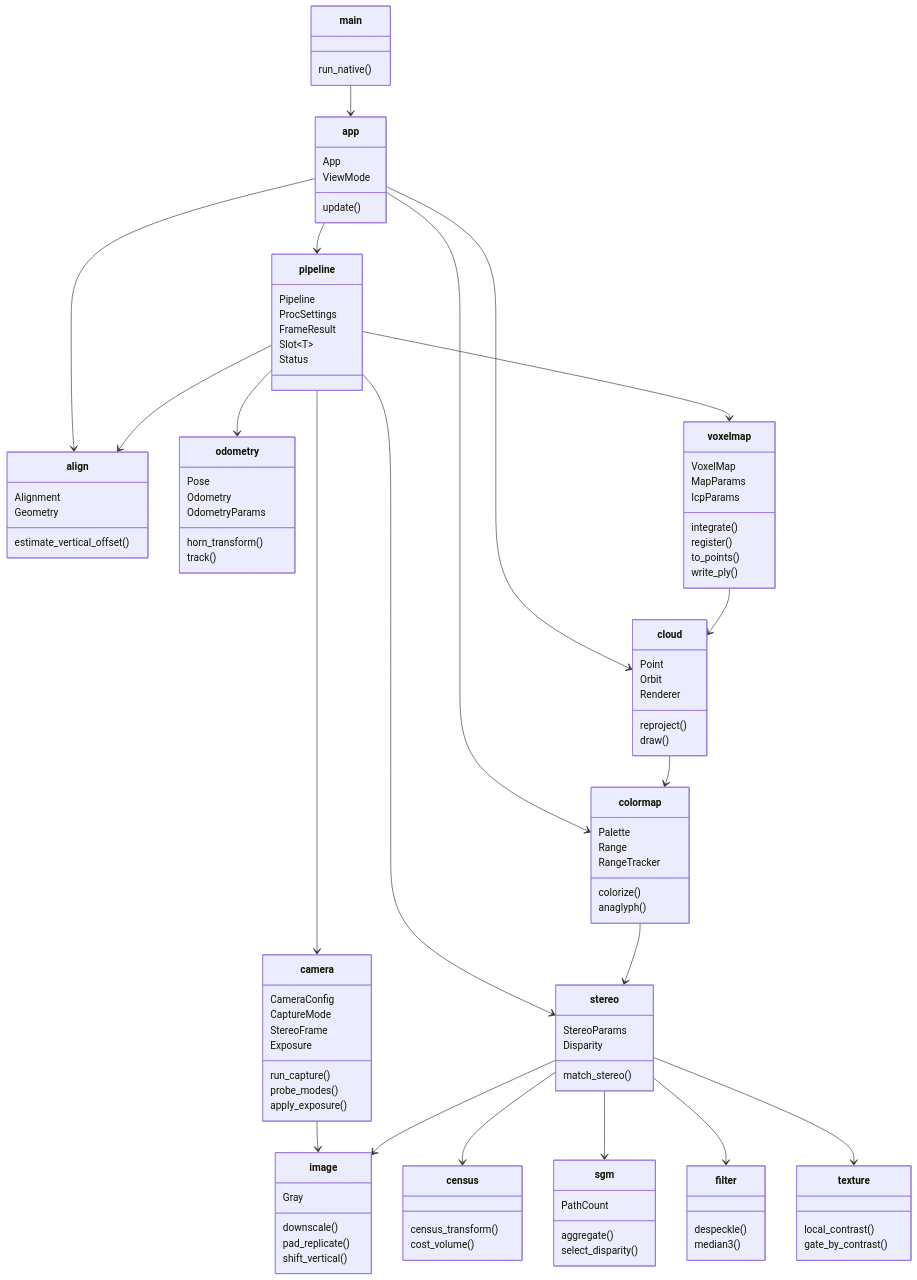
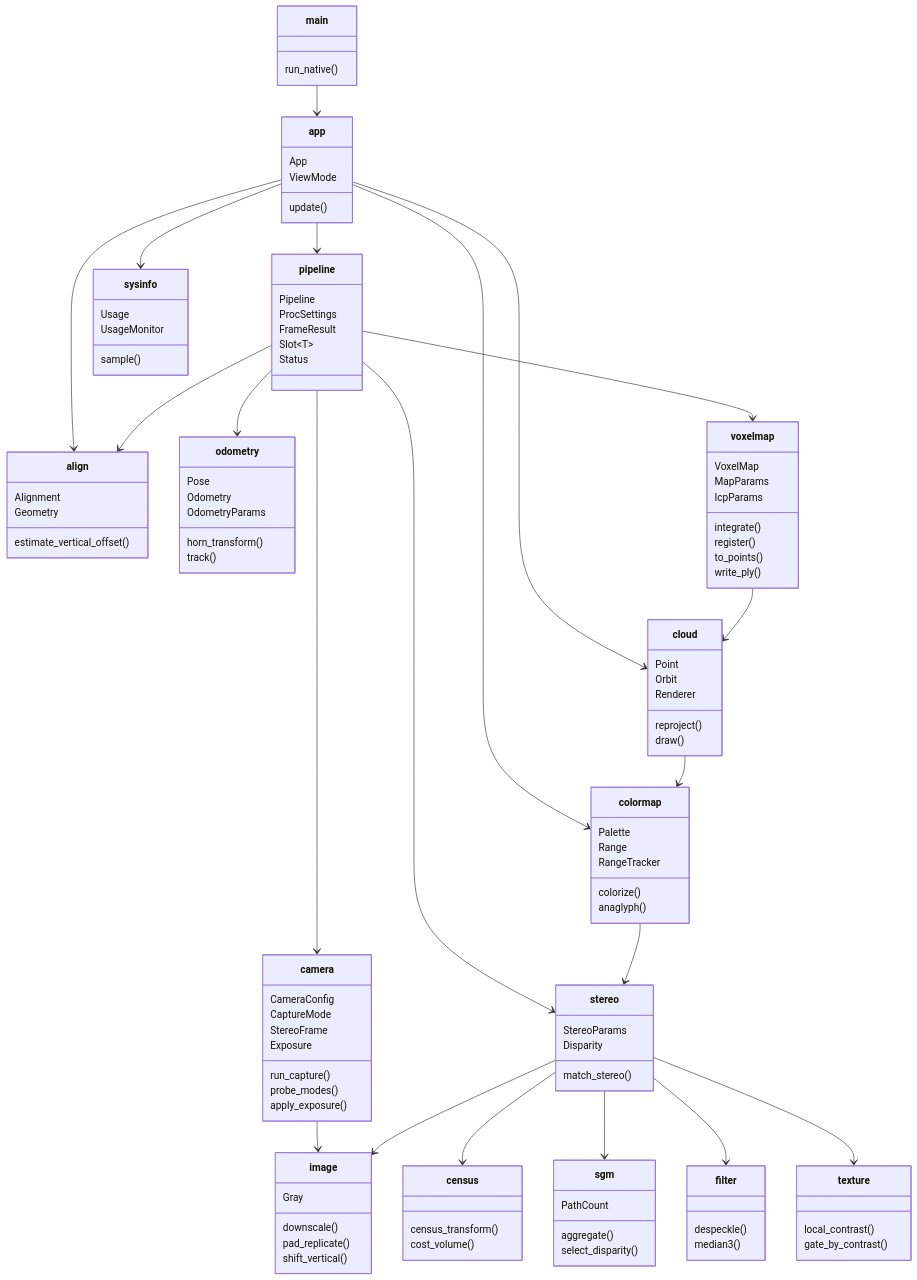
The second of 3 diagrams in ARCHITECTURE.md (tmpk13/binocular-camera), drawn with Mermaid before and after one commit. The commit also changed 5 other files, not shown here.

```diff
--- a/ARCHITECTURE.md
+++ b/ARCHITECTURE.md
@@ -124,6 +124,11 @@
         reproject()
         draw()
     }
+    class sysinfo {
+        Usage
+        UsageMonitor
+        sample()
+    }
     class colormap {
         Palette
         Range
@@ -142,6 +147,7 @@
     app --> pipeline
     app --> colormap
     app --> cloud
+    app --> sysinfo
     cloud --> colormap
     app --> align
     pipeline --> camera
```
